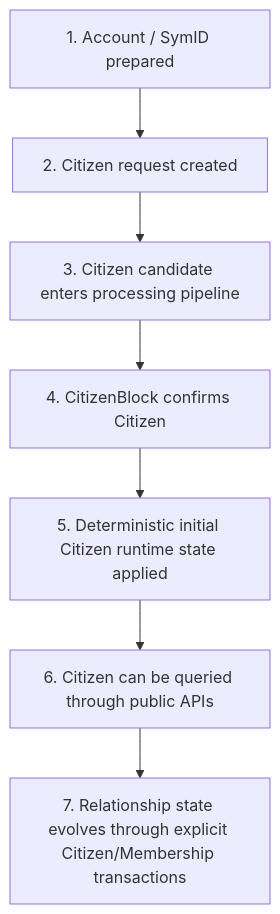
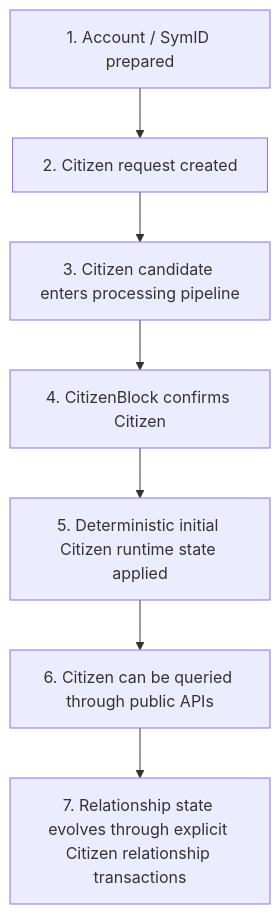
The diagram in docs/citizen-protocol-spec.md (symverse-lab/V3), drawn with Mermaid before and after one commit. The commit also changed other lines of this file, not shown here.

````diff
--- a/docs/citizen-protocol-spec.md
+++ b/docs/citizen-protocol-spec.md
@@ -189,9 +162,9 @@
 ```mermaid
 flowchart TD
     A["1. Account / SymID prepared"] --> B["2. Citizen request created"]
     B --> C["3. Citizen candidate enters processing pipeline"]
     C --> D["4. CitizenBlock confirms Citizen"]
     D --> E["5. Deterministic initial Citizen runtime state applied"]
     E --> F["6. Citizen can be queried through public APIs"]
-    F --> G["7. Relationship state evolves through explicit Citizen/Membership transactions"]
+    F --> G["7. Relationship state evolves through explicit Citizen relationship transactions"]
 ```
````
